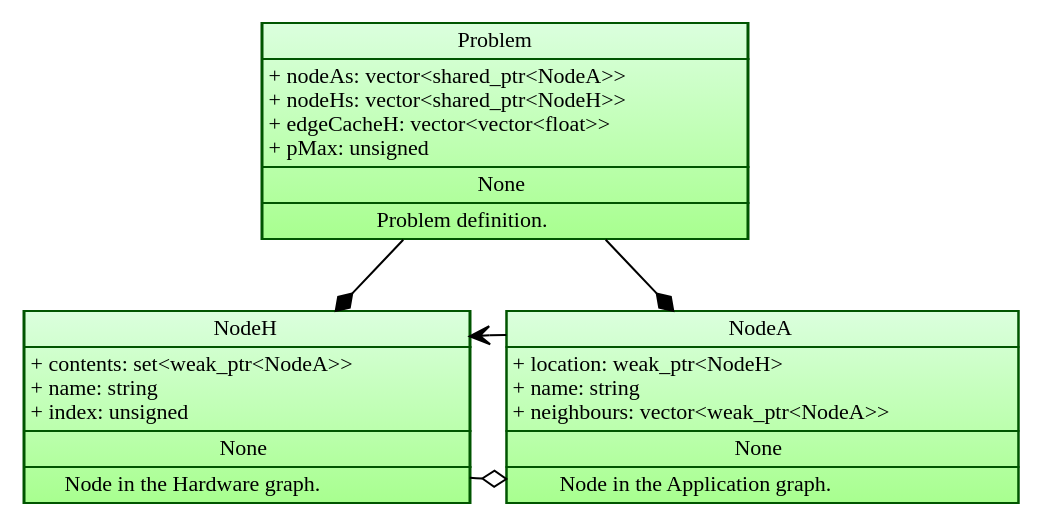
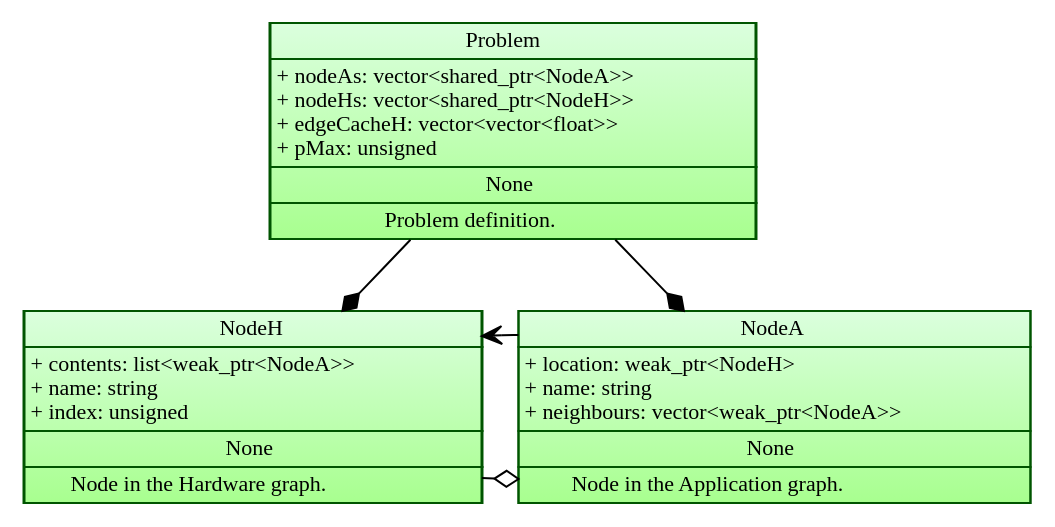
One commit to mvousden/psap changed the diagram in doc/source/implementation.rst. Above: the diagram before and after it, drawn with Graphviz. The commit also changed 1 other file, not shown here.

Commit message:
Change NodeH::contents from a set to a list.

```diff
--- a/doc/source/implementation.rst
+++ b/doc/source/implementation.rst
@@ -222,7 +222,7 @@
    NodeH[label=<<TABLE BORDER="0" CELLBORDER="1" CELLSPACING="0">
    <TR><TD>NodeH</TD></TR>
    <TR><TD ALIGN="LEFT">
-   + contents: set&lt;weak_ptr&lt;NodeA&gt;&gt;<BR ALIGN="LEFT"/>
+   + contents: list&lt;weak_ptr&lt;NodeA&gt;&gt;<BR ALIGN="LEFT"/>
    + name: string<BR ALIGN="LEFT"/>
    + index: unsigned<BR ALIGN="LEFT"/>
    </TD></TR>
```
